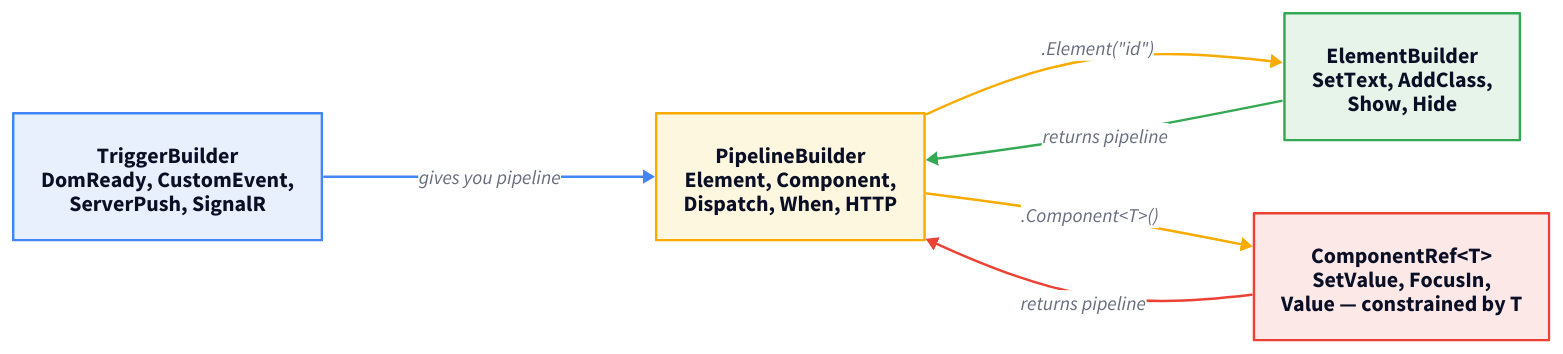
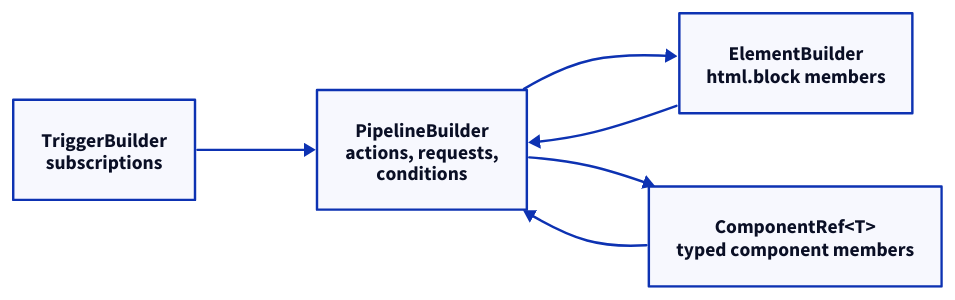
The diagram in docs-site/src/content/docs/architecture/the-builders.mdx (marafiq/alis-reactive), drawn with D2 before and after one commit. The commit also changed other lines of this file and 1014 other files, not shown here.

````diff
--- a/docs-site/src/content/docs/architecture/the-builders.mdx
+++ b/docs-site/src/content/docs/architecture/the-builders.mdx
@@ -12,44 +12,14 @@
 ```d2
 direction: right
 
-trigger: "TriggerBuilder\nDomReady, CustomEvent,\nServerPush, SignalR" {
-  shape: rectangle
-  style.fill: "#e8f0fe"
-  style.stroke: "#4285f4"
-  style.font-size: 18
-}
-pipeline: "PipelineBuilder\nElement, Component,\nDispatch, When, HTTP" {
-  shape: rectangle
-  style.fill: "#fef7e0"
-  style.stroke: "#f9ab00"
-  style.font-size: 18
-}
-element: "ElementBuilder\nSetText, AddClass,\nShow, Hide" {
-  shape: rectangle
-  style.fill: "#e6f4ea"
-  style.stroke: "#34a853"
-  style.font-size: 18
-}
-compref: "ComponentRef<T>\nSetValue, FocusIn,\nValue — constrained by T" {
-  shape: rectangle
-  style.fill: "#fce8e6"
-  style.stroke: "#ea4335"
-  style.font-size: 18
-}
+trigger: "TriggerBuilder\nsubscriptions" { shape: rectangle }
+pipeline: "PipelineBuilder\nactions, requests,\nconditions" { shape: rectangle }
+element: "ElementBuilder\nhtml.block members" { shape: rectangle }
+component: "ComponentRef<T>\ntyped component members" { shape: rectangle }
 
-trigger -> pipeline: gives you pipeline {
-  style.stroke: "#4285f4"
-}
-pipeline -> element: .Element("id") {
-  style.stroke: "#f9ab00"
-}
-pipeline -> compref: .Component<T>() {
-  style.stroke: "#f9ab00"
-}
-element -> pipeline: returns pipeline {
-  style.stroke: "#34a853"
-}
-compref -> pipeline: returns pipeline {
-  style.stroke: "#ea4335"
-}
+trigger -> pipeline
+pipeline -> element
+pipeline -> component
+element -> pipeline
+component -> pipeline
 ```
````
